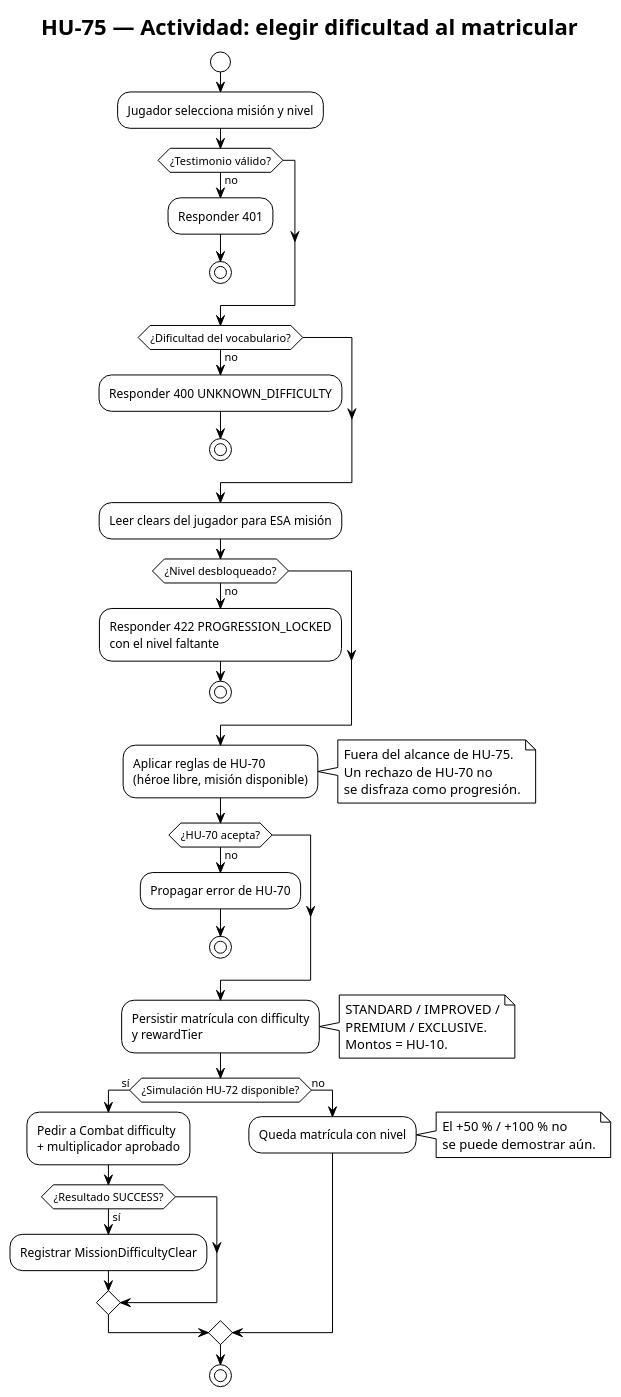
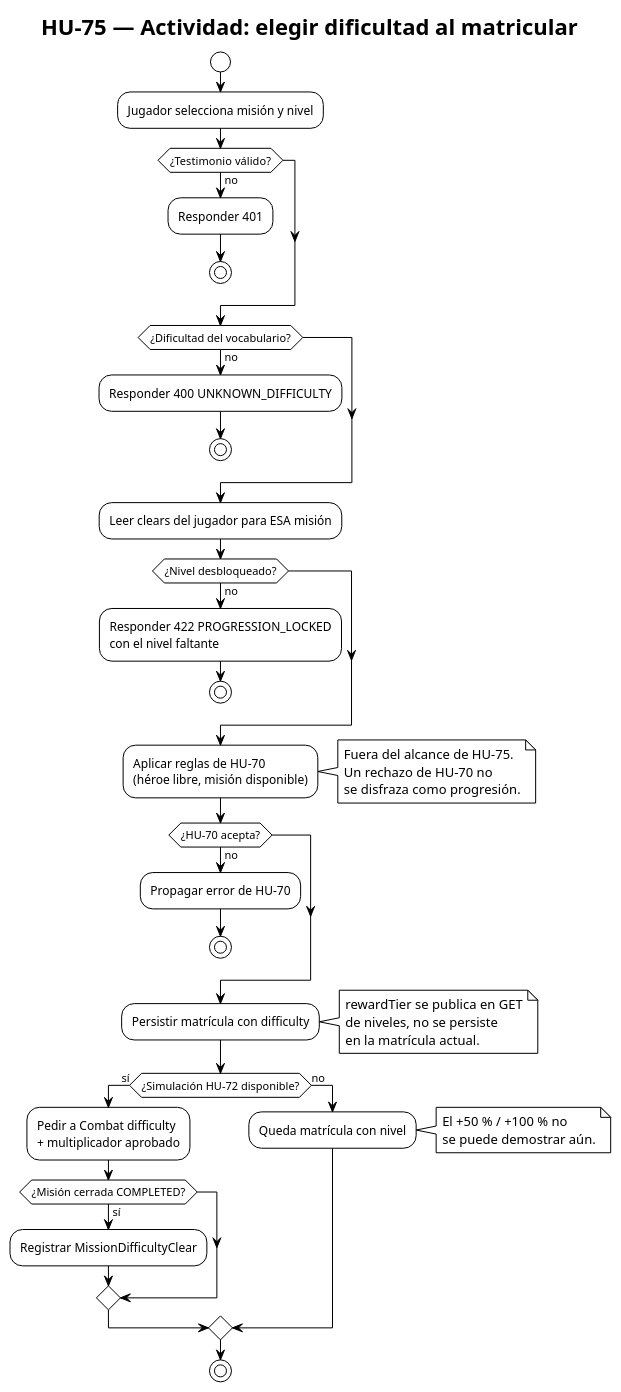
Before and after one commit to Nexus-Battle-VI/Nexus-Battle-Infrastructure: the diagram in docs/diagrams/hu-75-activity.puml, drawn with PlantUML. The commit also changed 6 other files, not shown here.

```diff
--- a/docs/diagrams/hu-75-activity.puml
+++ b/docs/diagrams/hu-75-activity.puml
@@ -1,65 +1,64 @@
 @startuml hu-75-activity
 !theme plain
 title HU-75 — Actividad: elegir dificultad al matricular
 
 skinparam defaultFontName sans-serif
 
 start
 :Jugador selecciona misión y nivel;
 
 if (¿Testimonio válido?) then (no)
   :Responder 401;
   stop
 endif
 
 if (¿Dificultad del vocabulario?) then (no)
   :Responder 400 UNKNOWN_DIFFICULTY;
   stop
 endif
 
 :Leer clears del jugador para ESA misión;
 
 if (¿Nivel desbloqueado?) then (no)
   :Responder 422 PROGRESSION_LOCKED
   con el nivel faltante;
   stop
 endif
 
 :Aplicar reglas de HU-70
 (héroe libre, misión disponible);
 note right
   Fuera del alcance de HU-75.
   Un rechazo de HU-70 no
   se disfraza como progresión.
 end note
 
 if (¿HU-70 acepta?) then (no)
   :Propagar error de HU-70;
   stop
 endif
 
-:Persistir matrícula con difficulty
-y rewardTier;
+:Persistir matrícula con difficulty;
 note right
-  STANDARD / IMPROVED /
-  PREMIUM / EXCLUSIVE.
-  Montos = HU-10.
+  rewardTier se publica en GET
+  de niveles, no se persiste
+  en la matrícula actual.
 end note
 
 if (¿Simulación HU-72 disponible?) then (sí)
   :Pedir a Combat difficulty
   + multiplicador aprobado;
-  if (¿Resultado SUCCESS?) then (sí)
+  if (¿Misión cerrada COMPLETED?) then (sí)
     :Registrar MissionDifficultyClear;
   endif
 else (no)
   :Queda matrícula con nivel;
   note right
     El +50 % / +100 % no
     se puede demostrar aún.
   end note
 endif
 
 stop
 
 @enduml
```
